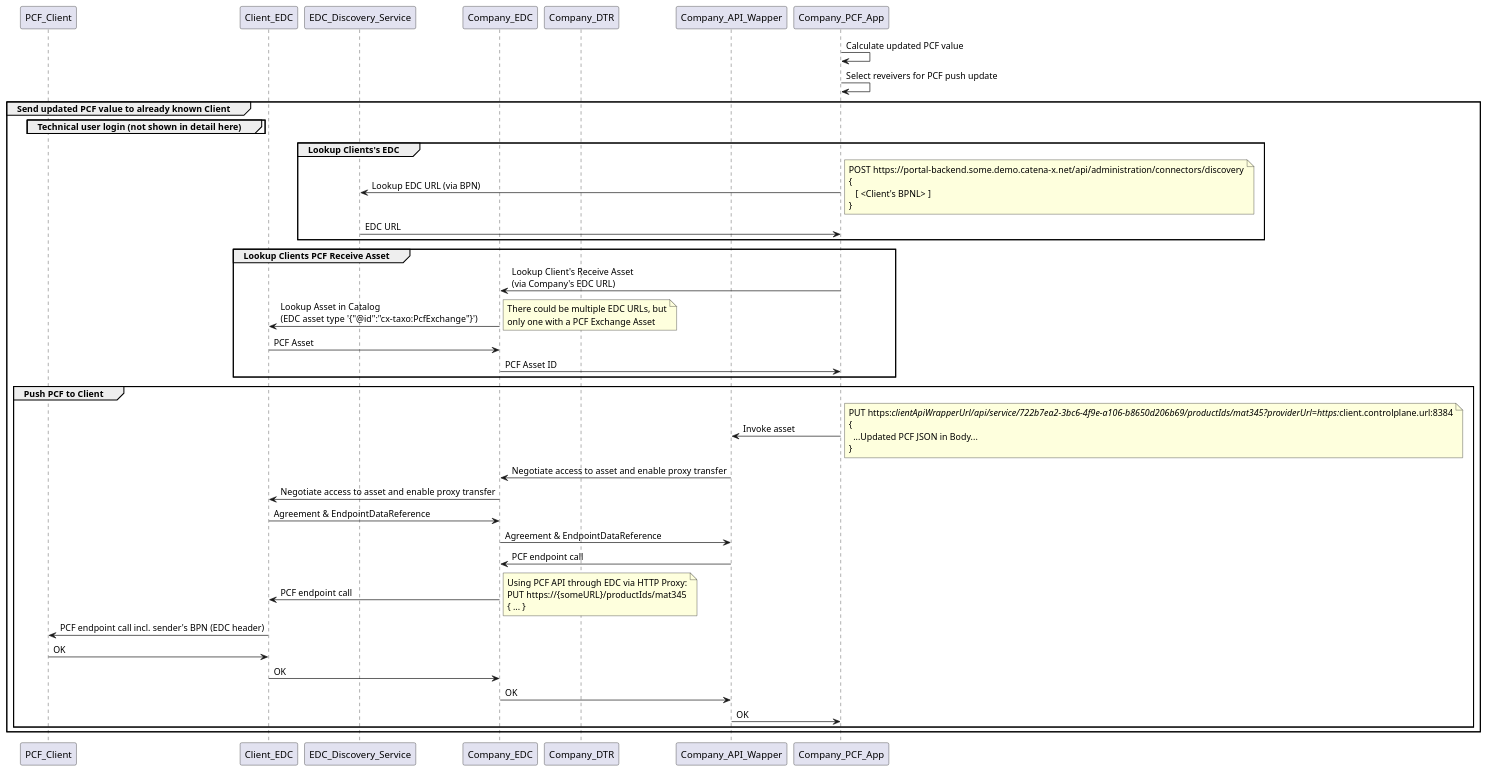
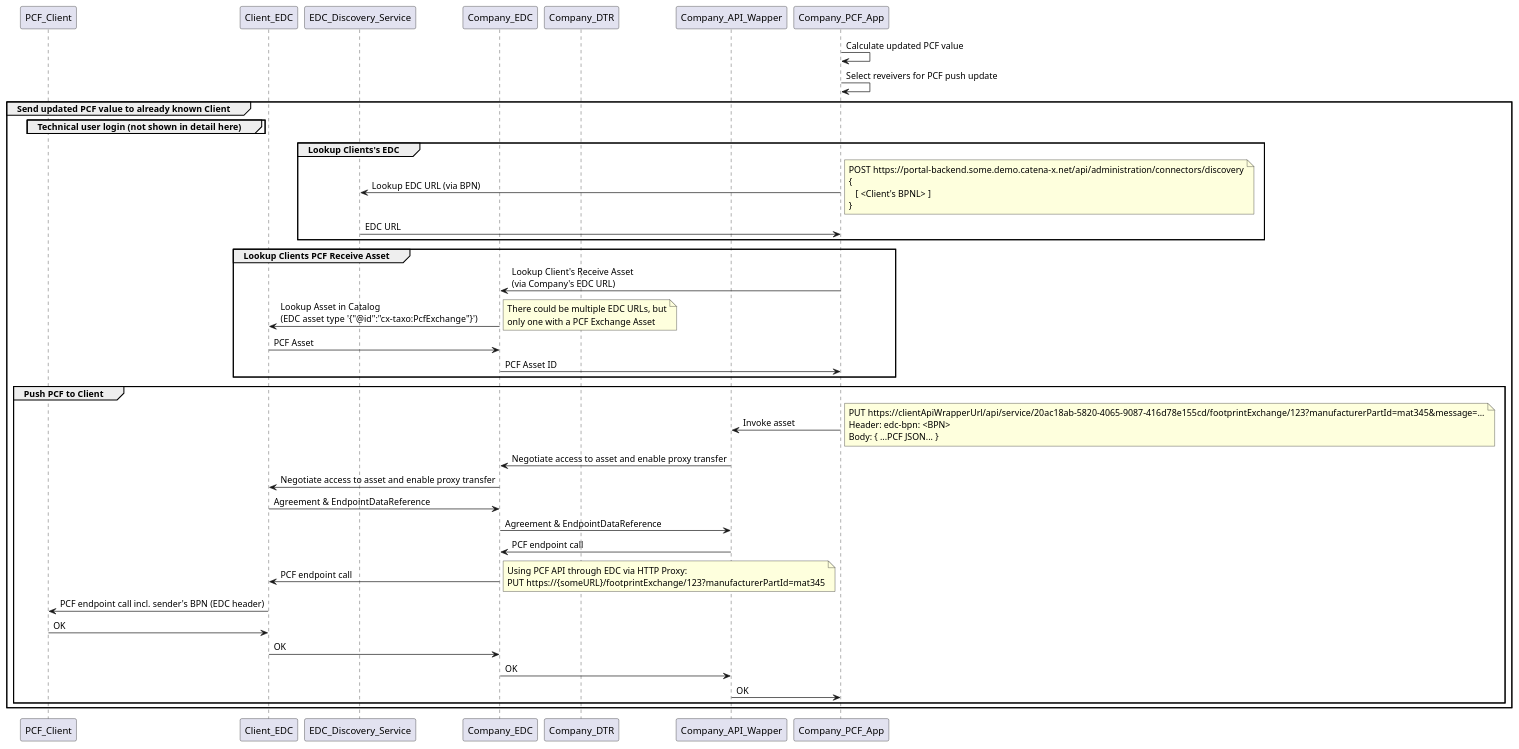
One commit to eclipse-tractusx/eclipse-tractusx.github.io changed the diagram in docs-kits/kits/product-carbon-footprint-exchange-kit/resources/development-view/src/PCFUpdate.puml. Above: the diagram before and after it, drawn with PlantUML.

Commit message:
Update PCFUpdate.puml
Following endpoint adjustments proposed in Change Request CX-0136 Use Case PCF (https://github.com/catenax-eV/product-standardization-prod/issues/297)

```diff
--- a/docs-kits/kits/product-carbon-footprint-exchange-kit/resources/development-view/src/PCFUpdate.puml
+++ b/docs-kits/kits/product-carbon-footprint-exchange-kit/resources/development-view/src/PCFUpdate.puml
@@ -1,68 +1,66 @@
 @startuml "PCF Update pushed through EDC"
 
 participant PCF_Client
 participant Client_EDC
 participant EDC_Discovery_Service
 participant Company_EDC
 participant Company_DTR
 participant Company_API_Wapper
 participant Company_PCF_App
 
 Company_PCF_App -> Company_PCF_App: Calculate updated PCF value
 Company_PCF_App -> Company_PCF_App: Select reveivers for PCF push update
 
 group Send updated PCF value to already known Client
 
 group Technical user login (not shown in detail here)
 end
 
 group Lookup Clients's EDC
 Company_PCF_App -> EDC_Discovery_Service: Lookup EDC URL (via BPN)
 note right
 POST https://portal-backend.some.demo.catena-x.net/api/administration/connectors/discovery
 {
    [ <Client's BPNL> ] 
 }
 end note
 EDC_Discovery_Service -> Company_PCF_App: EDC URL
 end
 
 group Lookup Clients PCF Receive Asset
 Company_PCF_App -> Company_EDC: Lookup Client's Receive Asset\n(via Company's EDC URL)
 Company_EDC -> Client_EDC: Lookup Asset in Catalog\n(EDC asset type '{"@id":"cx-taxo:PcfExchange"}')
 note right
 There could be multiple EDC URLs, but
 only one with a PCF Exchange Asset
 end note
 Client_EDC -> Company_EDC: PCF Asset
 Company_EDC -> Company_PCF_App: PCF Asset ID
 end
 
 group Push PCF to Client
 Company_PCF_App -> Company_API_Wapper: Invoke asset
 note right
-PUT https://clientApiWrapperUrl/api/service/722b7ea2-3bc6-4f9e-a106-b8650d206b69/productIds/mat345?providerUrl=https://client.controlplane.url:8384
-{
-  ...Updated PCF JSON in Body...
-}
+PUT https://clientApiWrapperUrl/api/service/20ac18ab-5820-4065-9087-416d78e155cd/footprintExchange/123?manufacturerPartId=mat345&message=...
+Header: edc-bpn: <BPN>
+Body: { ...PCF JSON... }
 end note
 Company_API_Wapper -> Company_EDC: Negotiate access to asset and enable proxy transfer
 Company_EDC -> Client_EDC: Negotiate access to asset and enable proxy transfer
 Client_EDC -> Company_EDC: Agreement & EndpointDataReference
 Company_EDC -> Company_API_Wapper: Agreement & EndpointDataReference
 Company_API_Wapper -> Company_EDC: PCF endpoint call
 Company_EDC -> Client_EDC: PCF endpoint call
 note right
 Using PCF API through EDC via HTTP Proxy:
-PUT https://{someURL}/productIds/mat345
-{ ... }
+PUT https://{someURL}/footprintExchange/123?manufacturerPartId=mat345
 end note
 Client_EDC -> PCF_Client: PCF endpoint call incl. sender's BPN (EDC header)
 PCF_Client -> Client_EDC: OK
 Client_EDC -> Company_EDC: OK
 Company_EDC -> Company_API_Wapper: OK
 Company_API_Wapper -> Company_PCF_App: OK
 end
 end
  
 @enduml
```
